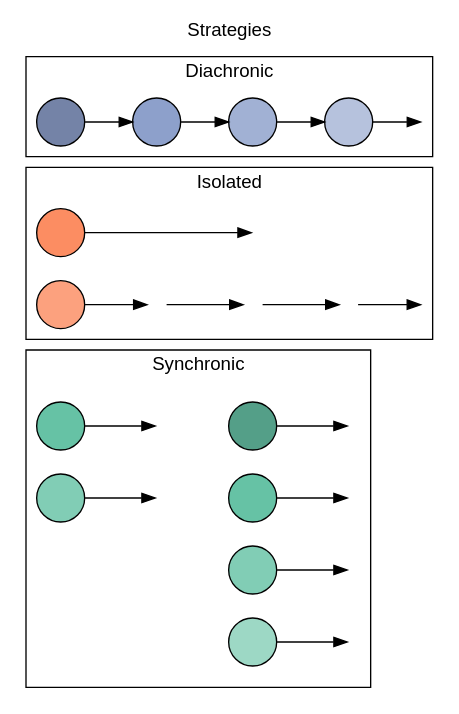
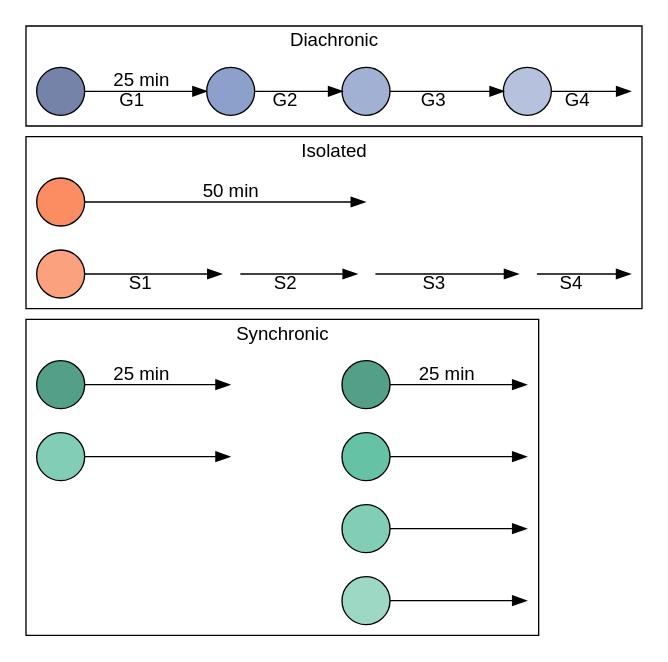
Before and after one commit to pedmiston/totems-data: the diagram in inst/extdata/team-structures-all.gv, drawn with Graphviz.

Commit message:
Labeled team structures fig

```diff
--- a/inst/extdata/team-structures-all.gv
+++ b/inst/extdata/team-structures-all.gv
@@ -1,73 +1,86 @@
 digraph {
   rankdir=LR;
-  label="Strategies";
   labelloc=t;
   fontname=helvetica;
   // bgcolor=transparent;
 
   node[fontname=helvetica; label=""; style=filled; shape=circle];
   edge[fontname=helvetica];
 
   // Set cluster order (top to bottom) by initializing
   // nodes in each cluster starting from bottom to top
   s1, solo, d1;
 
+  s4_1, s4_2, s4_3, s4_4;
+
   // Colors are people
-  s4_1[fillcolor="#549F88"];
-  s4_2[fillcolor="#66C2A5"];
+  s4_2[fillcolor="#549F88"];
+  s4_1[fillcolor="#66C2A5"];
   s4_3[fillcolor="#81CDB5"];
   s4_4[fillcolor="#9DD8C5"];
-  s1[fillcolor="#66C2A5"];
-  s2[fillcolor="#81CDB5"];
+  s2[fillcolor="#549F88"];
+  s1[fillcolor="#81CDB5"];
   d1[fillcolor="#7483A7"];
   d2[fillcolor="#8DA0CB"];
   d3[fillcolor="#A1B1D4"];
   d4[fillcolor="#B6C2DD"];
   solo[fillcolor="#FC8D62"];
   solo_s1[fillcolor="#FCA17E"];
 
   // Invisible last nodes
   dinv1, soloinv1, soloinv2, sinv1, sinv2, s4inv1, s4inv2, s4inv3, s4inv4[style=invis, width=0];
 
   subgraph cluster1 {
     label="Diachronic";
-    d1 -> d2 -> d3 -> d4 -> dinv1;
+    { edge[label="     "];
+    d1 -> d2[label="25 min" xlabel="G1"]
+    d2 -> d3[xlabel="G2"]
+    d3 -> d4[xlabel="G3"]
+    d4 -> dinv1[xlabel="G4"];
+    }
   }
 
   subgraph cluster2 {
     label="Isolated";
-    solo -> soloinv1[minlen=2];
-    solo_s1 -> solo_s2 -> solo_s3 -> solo_s4 -> soloinv2;
+    solo -> soloinv1[minlen=2 label="50 min"];
+    solo_s1 -> solo_s2[xlabel="S1"]
+    solo_s2 -> solo_s3[xlabel="S2"]
+    solo_s3 -> solo_s4[xlabel="S3"]
+    solo_s4 -> soloinv2[xlabel="S4"];
 
     solo_s2, solo_s3, solo_s4[style=invis, width=0.2];
   }
 
   subgraph cluster3 {
     label="Synchronic";
     rankdir=TB;
 
     subgraph cluster3a {
       label="";
       margin = 0;
       style = invis;
-      s1 -> sinv1;
-      s2 -> sinv2;
+      s1 -> sinv1
+      s2 -> sinv2[label="25 min"];
     }
 
     subgraph cluster3b {
       label="";
       style = invis;
       s4_1 -> s4inv1;
-      s4_2 -> s4inv2;
+      s4_2 -> s4inv2[label="25 min"];
       s4_3 -> s4inv3;
       s4_4 -> s4inv4;
     }
 
     {edge[style=invis]
-      {sinv1 sinv2} -> {s4_1 s4_2}
+      {sinv1 sinv2} -> {s4_1 s4_2}[minlen=1]
     }
+
+    {rank=same; s4_1, s4_2, s4_3, s4_4}
+    {rank=same; sinv1, sinv2}
+    {rank=same; s4inv1, s4inv2, s4inv3, s4inv4}
 
 
   }
 
 }
```
